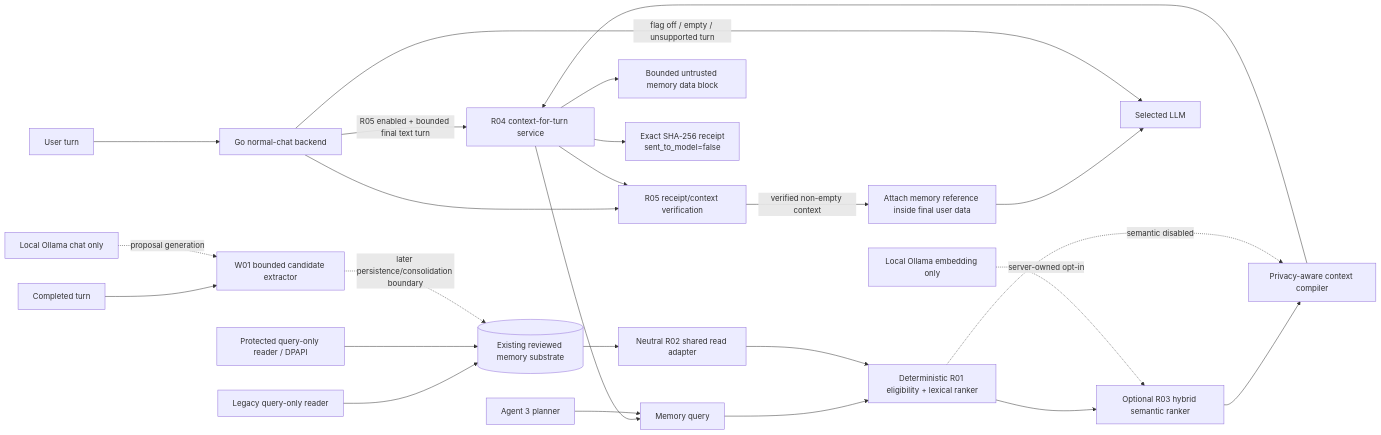
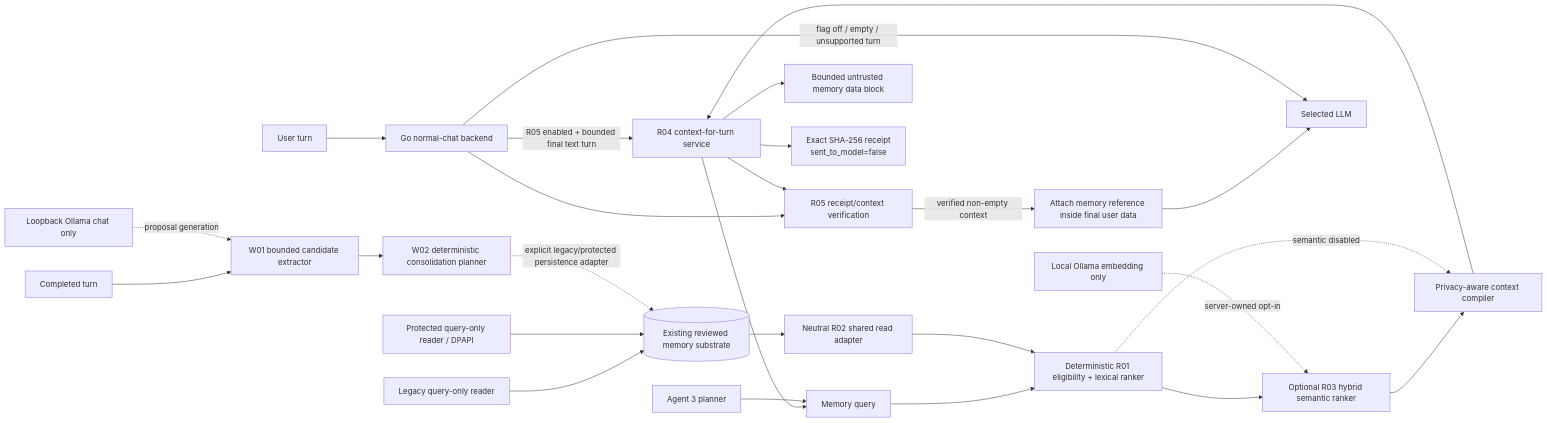
Before and after one commit to Ternedal/ModelRig: the diagram in docs/memory/MEMORY_4.md, drawn with Mermaid. The commit also changed other lines of this file, not shown here.

Commit message:
docs(memory): define W02 consolidation authority boundary

````diff
--- a/docs/memory/MEMORY_4.md
+++ b/docs/memory/MEMORY_4.md
@@ -38,28 +39,29 @@
 ```mermaid
 flowchart LR
     U[User turn] --> GO[Go normal-chat backend]
     GO -->|R05 enabled + bounded final text turn| R04[R04 context-for-turn service]
     R04 --> Q[Memory query]
     Q --> R[Deterministic R01 eligibility + lexical ranker]
     S[(Existing reviewed memory substrate)] --> A[Neutral R02 shared read adapter]
     A --> R
     R --> H[Optional R03 hybrid semantic ranker]
     O[Local Ollama embedding only] -. server-owned opt-in .-> H
     H --> C[Privacy-aware context compiler]
     R -. semantic disabled .-> C
     C --> R04
     R04 --> B[Bounded untrusted memory data block]
     R04 --> RCPT[Exact SHA-256 receipt\nsent_to_model=false]
     GO --> V[R05 receipt/context verification]
     R04 --> V
     V -->|verified non-empty context| I[Attach memory reference inside final user data]
     I --> L[Selected LLM]
     GO -->|flag off / empty / unsupported turn| L
 
     LEG[Legacy query-only reader] --> S
     PROT[Protected query-only reader / DPAPI] --> S
     A3[Agent 3 planner] --> Q
     T[Completed turn] --> W01[W01 bounded candidate extractor]
-    LO[Local Ollama chat only] -. proposal generation .-> W01
-    W01 -. later persistence/consolidation boundary .-> S
+    LO[Loopback Ollama chat only] -. proposal generation .-> W01
+    W01 --> W02[W02 deterministic consolidation planner]
+    W02 -. explicit legacy/protected persistence adapter .-> S
 ```
````
